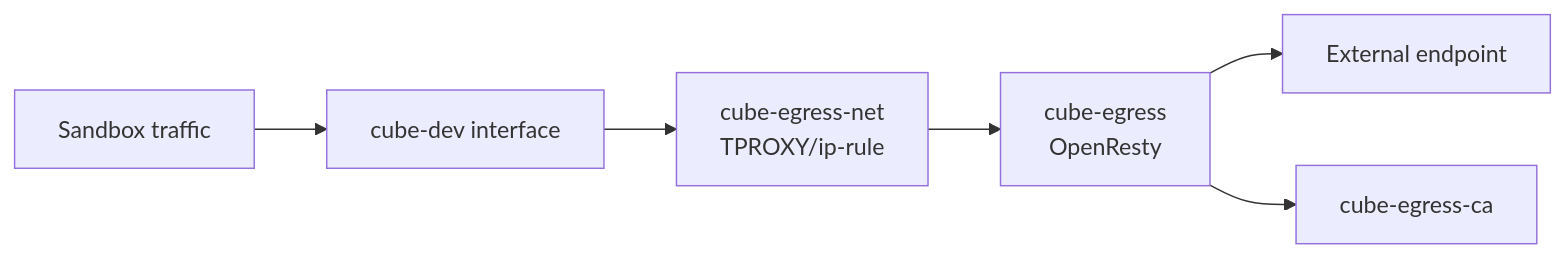
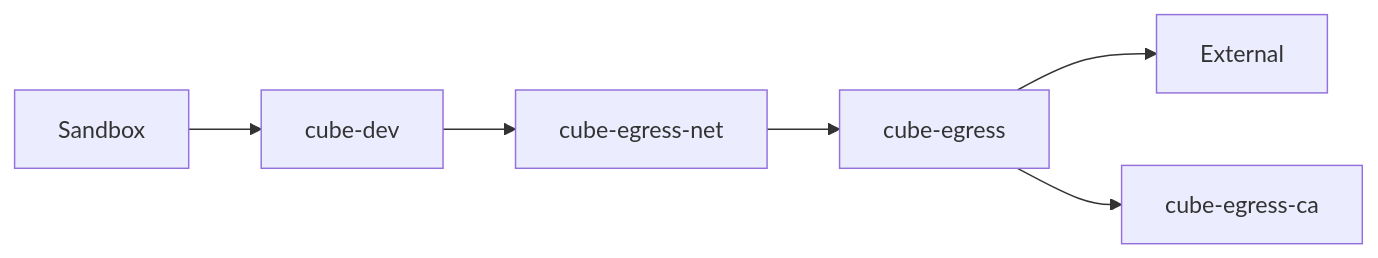
One commit to TencentCloud/CubeSandbox changed the eighth of 9 diagrams in deploy/kubernetes/chart/docs/ARCHITECTURE.md. Above: the diagram before and after it, drawn with Mermaid. The commit also changed other lines of this file and 42 other files, not shown here.

````diff
--- a/deploy/kubernetes/chart/docs/ARCHITECTURE.md
+++ b/deploy/kubernetes/chart/docs/ARCHITECTURE.md
@@ -333,8 +282,8 @@
 ```mermaid
 flowchart LR
-  SB["Sandbox traffic"] --> DEV["cube-dev interface"]
-  DEV --> EGNET["cube-egress-net\nTPROXY/ip-rule"]
-  EGNET --> EG["cube-egress\nOpenResty"]
-  EG --> EXT["External endpoint"]
+  SB["Sandbox"] --> DEV["cube-dev"]
+  DEV --> EGNET["cube-egress-net"]
+  EGNET --> EG["cube-egress"]
+  EG --> EXT["External"]
   EG --> CA["cube-egress-ca"]
 ```
````
